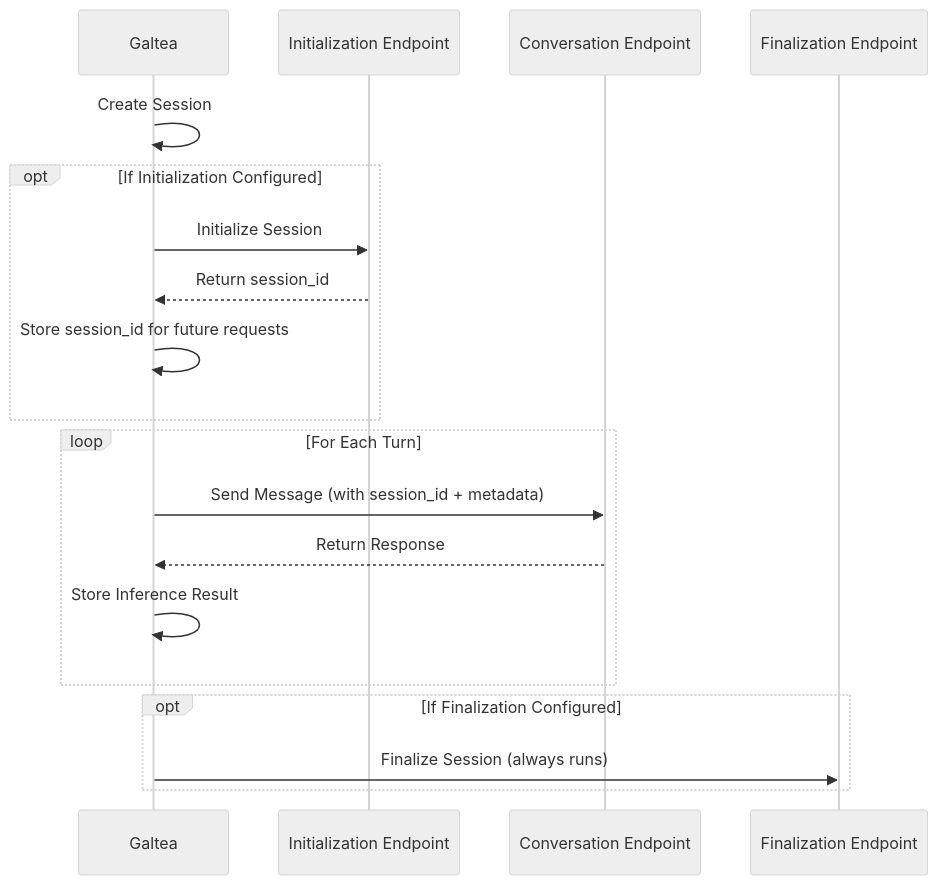
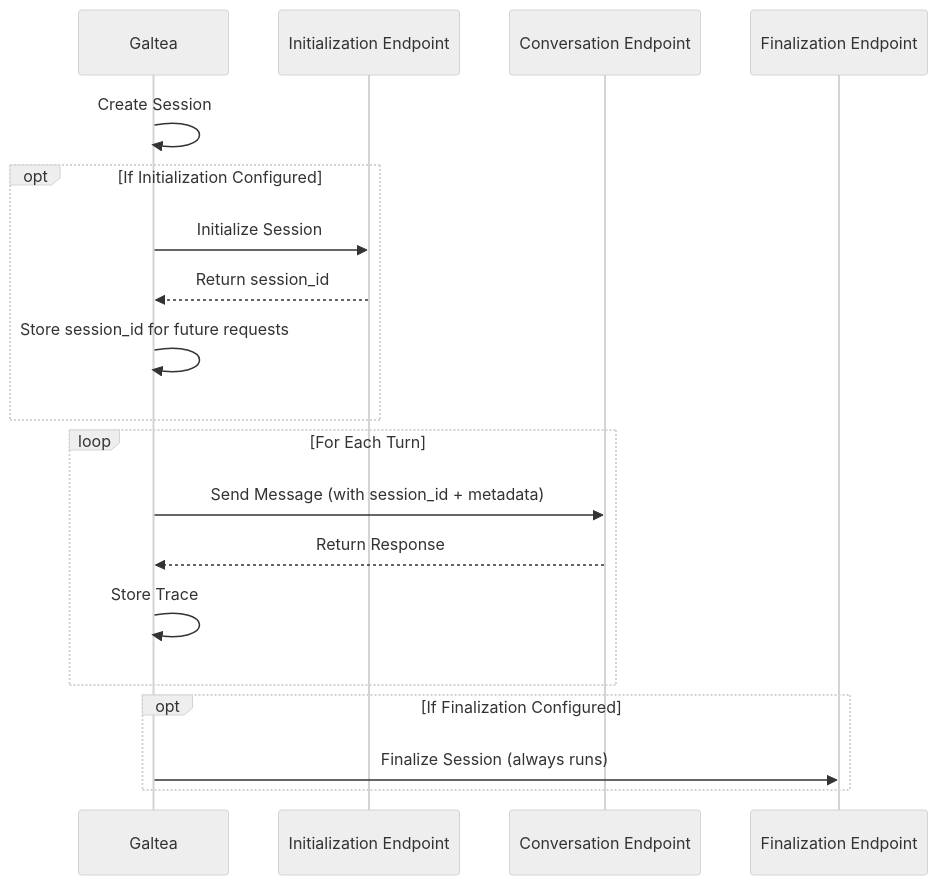
Before and after one commit to Galtea-AI/docs: the diagram in concepts/product/endpoint-connection.mdx, drawn with Mermaid. The commit also changed other lines of this file and 216 other files, not shown here.

````diff
--- a/concepts/product/endpoint-connection.mdx
+++ b/concepts/product/endpoint-connection.mdx
@@ -73,23 +73,23 @@
 ```mermaid
 %%{init: {"theme": "neutral"}}%%
 sequenceDiagram
     participant Galtea
     participant Init as Initialization Endpoint
     participant Conv as Conversation Endpoint
     participant Final as Finalization Endpoint
 
     Galtea->>Galtea: Create Session
     opt If Initialization Configured
         Galtea->>Init: Initialize Session
         Init-->>Galtea: Return session_id
         Galtea->>Galtea: Store session_id for future requests
     end
     loop For Each Turn
         Galtea->>Conv: Send Message (with session_id + metadata)
         Conv-->>Galtea: Return Response
-        Galtea->>Galtea: Store Inference Result
+        Galtea->>Galtea: Store Trace
     end
     opt If Finalization Configured
         Galtea->>Final: Finalize Session (always runs)
     end
 ```
````
